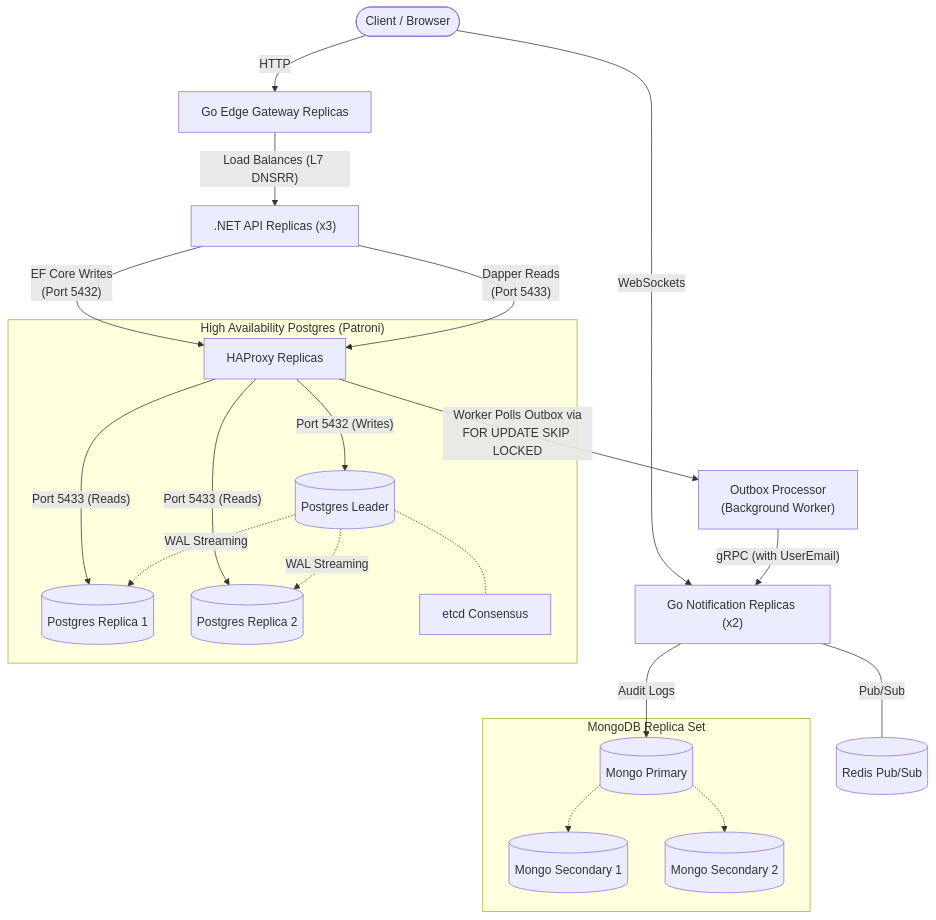
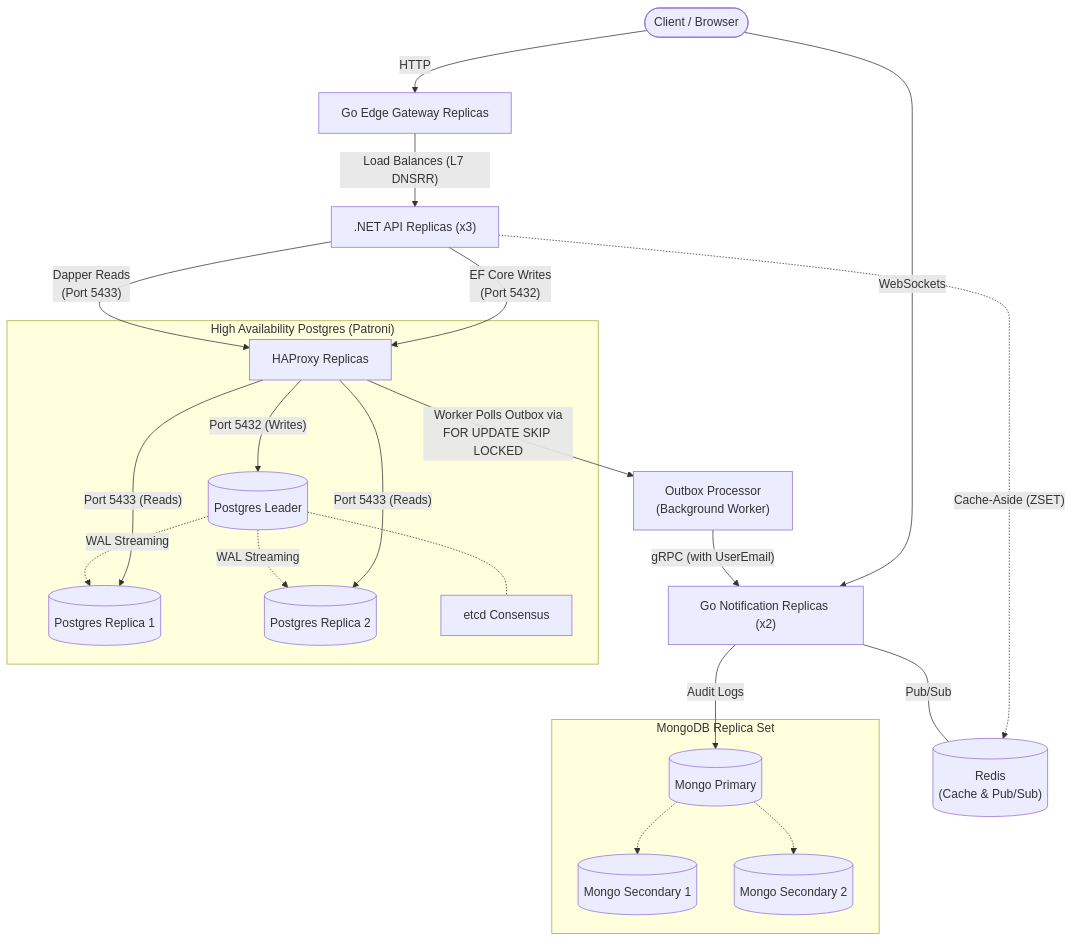
Before and after one commit to Ahmedhossam447/IssueTracker: the diagram in README.md, drawn with Mermaid. The commit also changed other lines of this file and 12 other files, not shown here.

Commit message:
feat: implement Redis ZSET cursor caching architecture

````diff
--- a/README.md
+++ b/README.md
@@ -64,55 +65,56 @@
 ```mermaid
 flowchart TD
     Client([Client / Browser])
     
     Proxy[Go Edge Gateway Replicas]
     API[".NET API Replicas (x3)"]
     Worker["Outbox Processor\n(Background Worker)"]
     GoNotify["Go Notification Replicas (x2)"]
     
     subgraph HAPostgres ["High Availability Postgres (Patroni)"]
         HAProxy[HAProxy Replicas]
         PgLeader[("Postgres Leader")]
         PgRep1[("Postgres Replica 1")]
         PgRep2[("Postgres Replica 2")]
         Etcd["etcd Consensus"]
         
         HAProxy -->|"Port 5432 (Writes)"| PgLeader
         HAProxy -->|"Port 5433 (Reads)"| PgRep1
         HAProxy -->|"Port 5433 (Reads)"| PgRep2
         PgLeader -.->|"WAL Streaming"| PgRep1
         PgLeader -.->|"WAL Streaming"| PgRep2
         PgLeader -.- Etcd
     end
     
     subgraph MongoCluster ["MongoDB Replica Set"]
         MongoPri[("Mongo Primary")]
         MongoSec1[("Mongo Secondary 1")]
         MongoSec2[("Mongo Secondary 2")]
         
         MongoPri -.-> MongoSec1
         MongoPri -.-> MongoSec2
     end
     
-    Redis[("Redis Pub/Sub")]
+    Redis[("Redis\n(Cache & Pub/Sub)")]
     
     %% Client connections
     Client -->|HTTP| Proxy
     Client -->|WebSockets| GoNotify
     
     %% Proxy to API
     Proxy -->|"Load Balances (L7 DNSRR)"| API
     
     %% API to DB via CQRS
     API -->|"EF Core Writes\n(Port 5432)"| HAProxy
     API -->|"Dapper Reads\n(Port 5433)"| HAProxy
+    API -.->|"Cache-Aside (ZSET)"| Redis
     
     %% Outbox Pattern flow
     HAProxy -->|"Worker Polls Outbox via\nFOR UPDATE SKIP LOCKED"| Worker
     Worker -->|"gRPC (with UserEmail)"| GoNotify
     
     %% Notification outputs
     GoNotify -->|Audit Logs| MongoPri
     GoNotify ---|Pub/Sub| Redis
 
 ```
````
